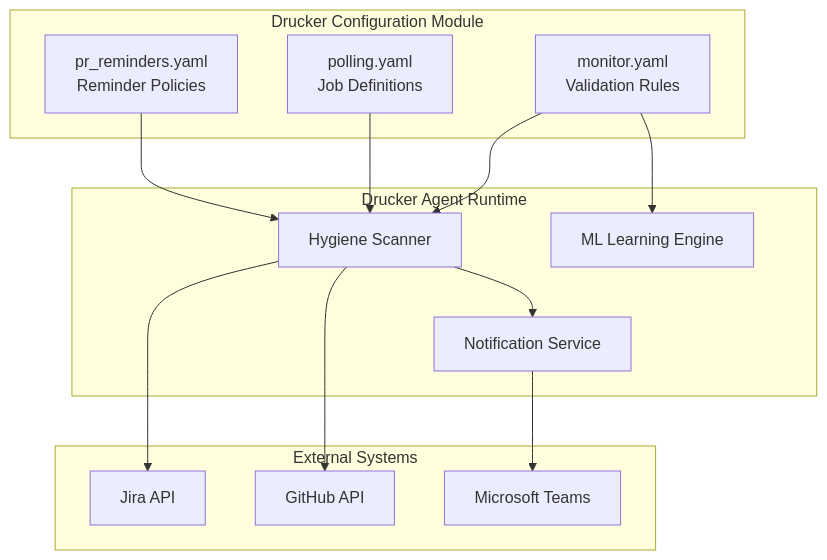
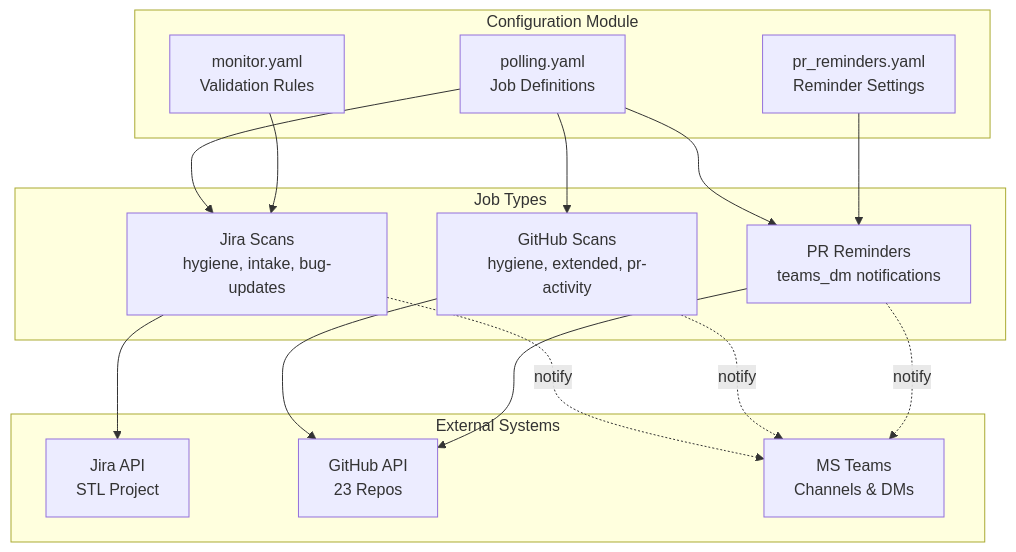
Before and after one commit to jmac-cornelis/agent-workforce: the first of 4 diagrams in agents/drucker/docs/config.md, drawn with Mermaid. The commit also changed other lines of this file and 5 other files, not shown here.

````diff
--- a/agents/drucker/docs/config.md
+++ b/agents/drucker/docs/config.md
@@ -25,31 +25,34 @@
 ```mermaid
 graph TB
-    subgraph "Drucker Configuration Module"
-        Monitor[monitor.yaml<br/>Validation Rules]
-        Polling[polling.yaml<br/>Job Definitions]
-        PRReminders[pr_reminders.yaml<br/>Reminder Policies]
+    subgraph "Configuration Module"
+        polling[polling.yaml<br/>Job Definitions]
+        monitor[monitor.yaml<br/>Validation Rules]
+        pr_rem[pr_reminders.yaml<br/>Reminder Settings]
+    end
+    
+    subgraph "Job Types"
+        jira_jobs[Jira Scans<br/>hygiene, intake, bug-updates]
+        gh_jobs[GitHub Scans<br/>hygiene, extended, pr-activity]
+        reminder_jobs[PR Reminders<br/>teams_dm notifications]
     end
     
     subgraph "External Systems"
-        Jira[Jira API]
-        GitHub[GitHub API]
-        Teams[Microsoft Teams]
+        jira[Jira API<br/>STL Project]
+        github[GitHub API<br/>23 Repos]
+        teams[MS Teams<br/>Channels & DMs]
     end
     
-    subgraph "Drucker Agent Runtime"
-        Scanner[Hygiene Scanner]
-        Learner[ML Learning Engine]
-        Notifier[Notification Service]
-    end
+    polling --> jira_jobs
+    polling --> gh_jobs
+    polling --> reminder_jobs
+    monitor --> jira_jobs
+    pr_rem --> reminder_jobs
     
-    Monitor --> Scanner
-    Polling --> Scanner
-    PRReminders --> Scanner
+    jira_jobs --> jira
+    gh_jobs --> github
+    reminder_jobs --> github
     
-    Scanner --> Jira
-    Scanner --> GitHub
-    Scanner --> Notifier
-    
-    Monitor --> Learner
-    Notifier --> Teams
+    jira_jobs -.notify.-> teams
+    gh_jobs -.notify.-> teams
+    reminder_jobs -.notify.-> teams
 ```
````
